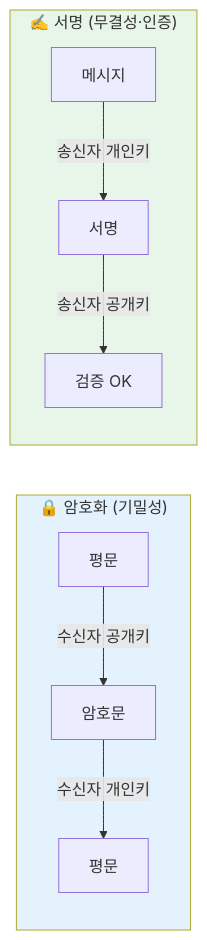
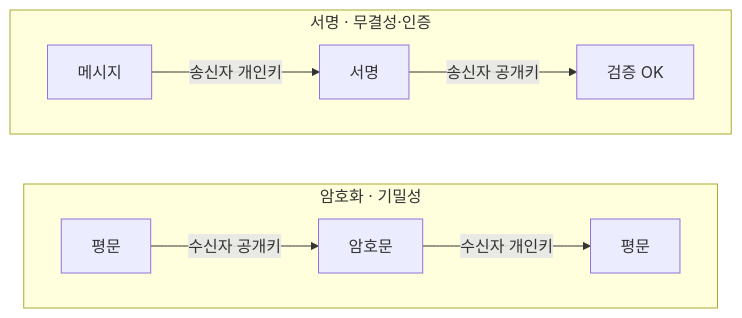
One commit to KMUTMU/information-security changed the first of 6 diagrams in 06_공개키암호_정리.md. Above: the diagram before and after it, drawn with Mermaid. The commit also changed other lines of this file and 5 other files, not shown here.

Commit message:
Mermaid 다이어그램 가독성 개선: 짧은 라벨·이모지 제거·색상 최소화

````diff
--- a/06_공개키암호_정리.md
+++ b/06_공개키암호_정리.md
@@ -22,13 +22,11 @@
 ```mermaid
 flowchart LR
-    subgraph ENC["🔒 암호화 (기밀성)"]
-        M1["평문"] -->|"수신자 공개키"| C1["암호문"]
-        C1 -->|"수신자 개인키"| M1b["평문"]
+    subgraph ENC["암호화 · 기밀성"]
+        direction LR
+        M1["평문"] -->|수신자 공개키| C1["암호문"] -->|수신자 개인키| M1b["평문"]
     end
-    subgraph SIG["✍️ 서명 (무결성·인증)"]
-        M2["메시지"] -->|"송신자 개인키"| S["서명"]
-        S -->|"송신자 공개키"| V["검증 OK"]
+    subgraph SIG["서명 · 무결성·인증"]
+        direction LR
+        M2["메시지"] -->|송신자 개인키| S["서명"] -->|송신자 공개키| V["검증 OK"]
     end
-    style ENC fill:#e3f2fd
-    style SIG fill:#e8f5e9
 ```
````
